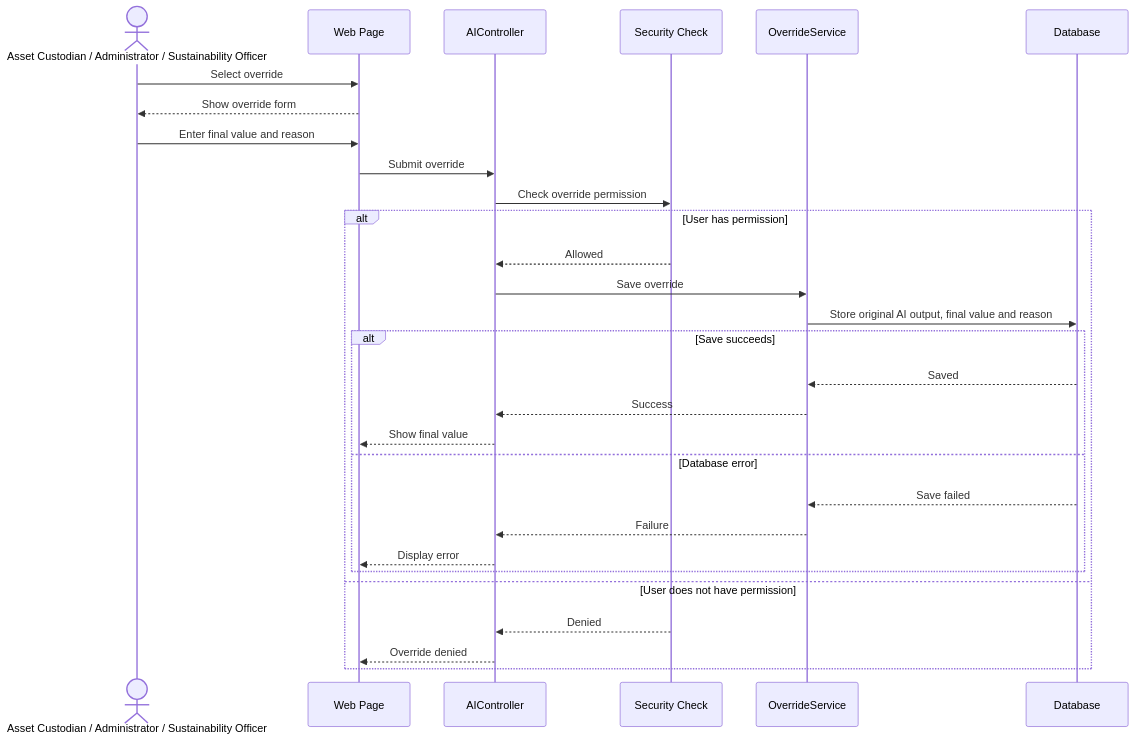
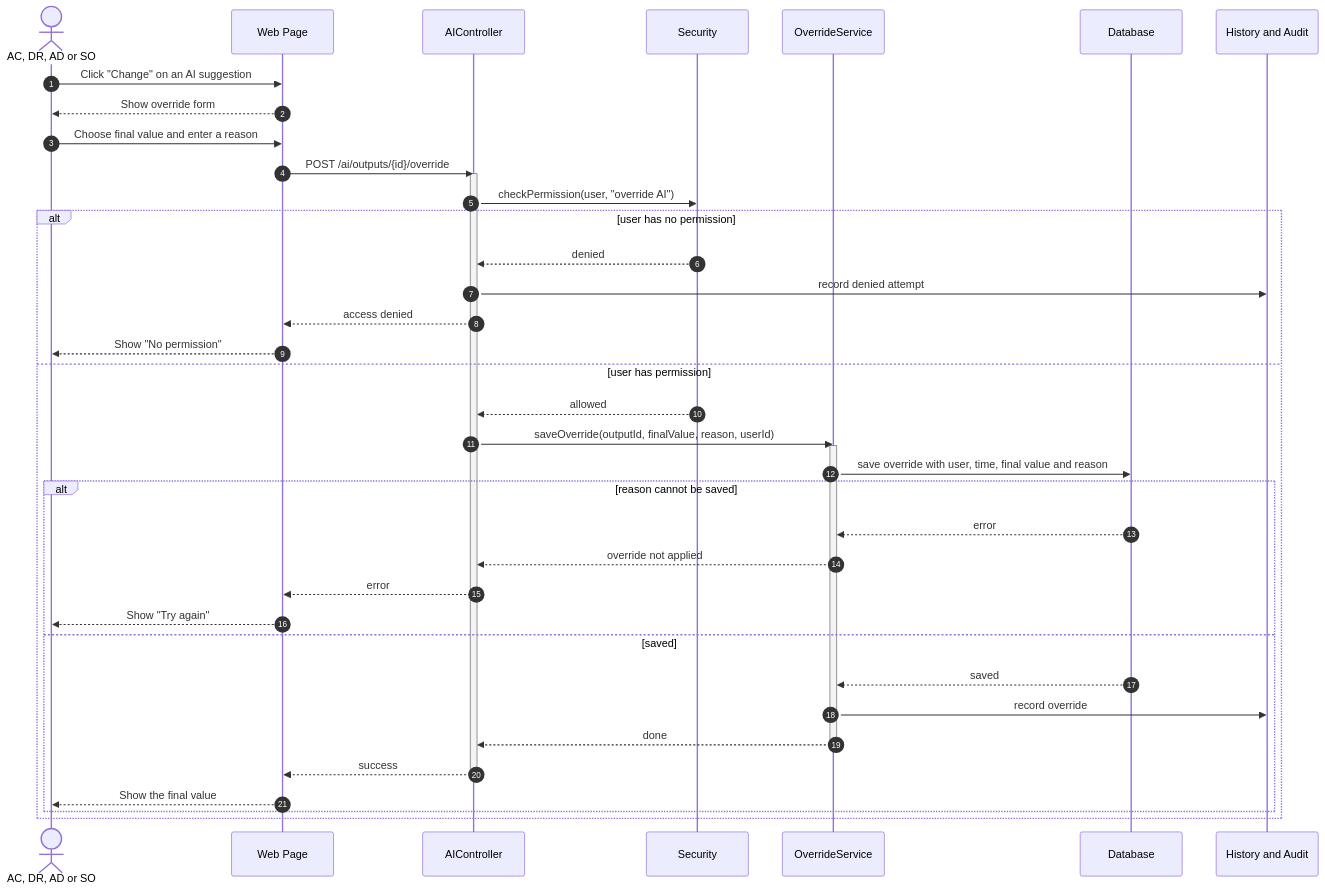
The seventh of 12 diagrams in phase 4-5/04_part4_ai_and_sustainability.md (Abdulla66541/COSC336-GROUP5), drawn with Mermaid before and after one commit. The commit also changed other lines of this file, not shown here.

````diff
--- a/phase 4-5/04_part4_ai_and_sustainability.md
+++ b/phase 4-5/04_part4_ai_and_sustainability.md
@@ -378,35 +360,47 @@
 ```mermaid
 sequenceDiagram
-    actor U as Asset Custodian / Administrator / Sustainability Officer
+    autonumber
+    actor U as AC, DR, AD or SO
     participant UI as Web Page
-    participant AIC as AIController
-    participant SEC as Security Check
-    participant OS as OverrideService
+    participant AIController
+    participant Security
+    participant OverrideService
     participant DB as Database
+    participant Audit as History and Audit
 
-    U->>UI: Select override
+    U->>UI: Click "Change" on an AI suggestion
     UI-->>U: Show override form
-    U->>UI: Enter final value and reason
-    UI->>AIC: Submit override
-    AIC->>SEC: Check override permission
+    U->>UI: Choose final value and enter a reason
+    UI->>AIController: POST /ai/outputs/{id}/override
+    activate AIController
+    AIController->>Security: checkPermission(user, "override AI")
 
-    alt User has permission
-        SEC-->>AIC: Allowed
-        AIC->>OS: Save override
-        OS->>DB: Store original AI output, final value and reason
+    alt user has no permission
+        Security-->>AIController: denied
+        AIController->>Audit: record denied attempt
+        AIController-->>UI: access denied
+        UI-->>U: Show "No permission"
 
-        alt Save succeeds
-            DB-->>OS: Saved
-            OS-->>AIC: Success
-            AIC-->>UI: Show final value
-        else Database error
-            DB-->>OS: Save failed
-            OS-->>AIC: Failure
-            AIC-->>UI: Display error
+    else user has permission
+        Security-->>AIController: allowed
+        AIController->>OverrideService: saveOverride(outputId, finalValue, reason, userId)
+        activate OverrideService
+        OverrideService->>DB: save override with user, time, final value and reason
+
+        alt reason cannot be saved
+            DB-->>OverrideService: error
+            OverrideService-->>AIController: override not applied
+            AIController-->>UI: error
+            UI-->>U: Show "Try again"
+
+        else saved
+            DB-->>OverrideService: saved
+            OverrideService->>Audit: record override
+            OverrideService-->>AIController: done
+            deactivate OverrideService
+            AIController-->>UI: success
+            deactivate AIController
+            UI-->>U: Show the final value
         end
-
-    else User does not have permission
-        SEC-->>AIC: Denied
-        AIC-->>UI: Override denied
     end
 ```
````
